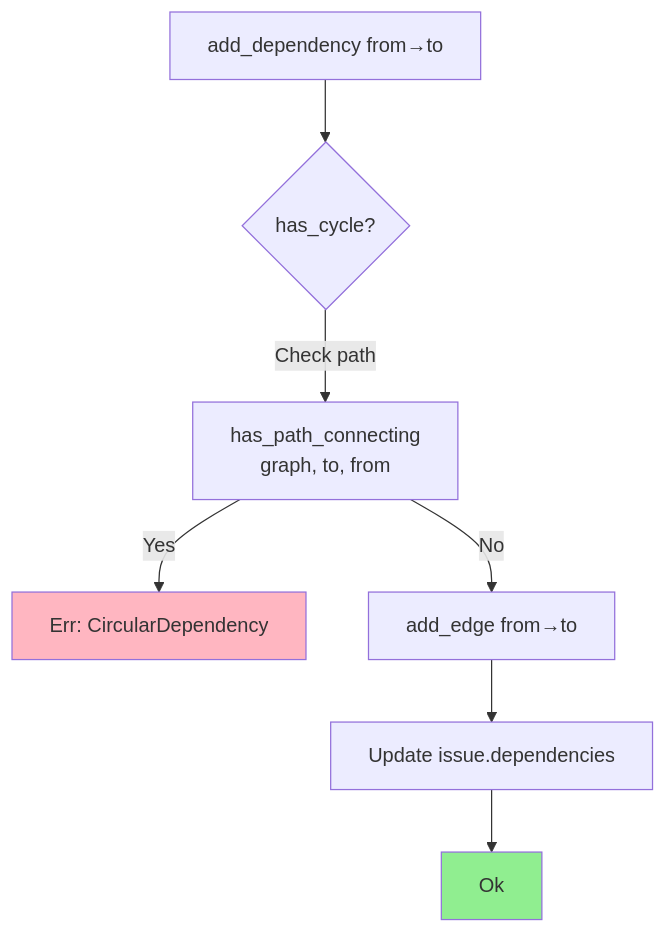
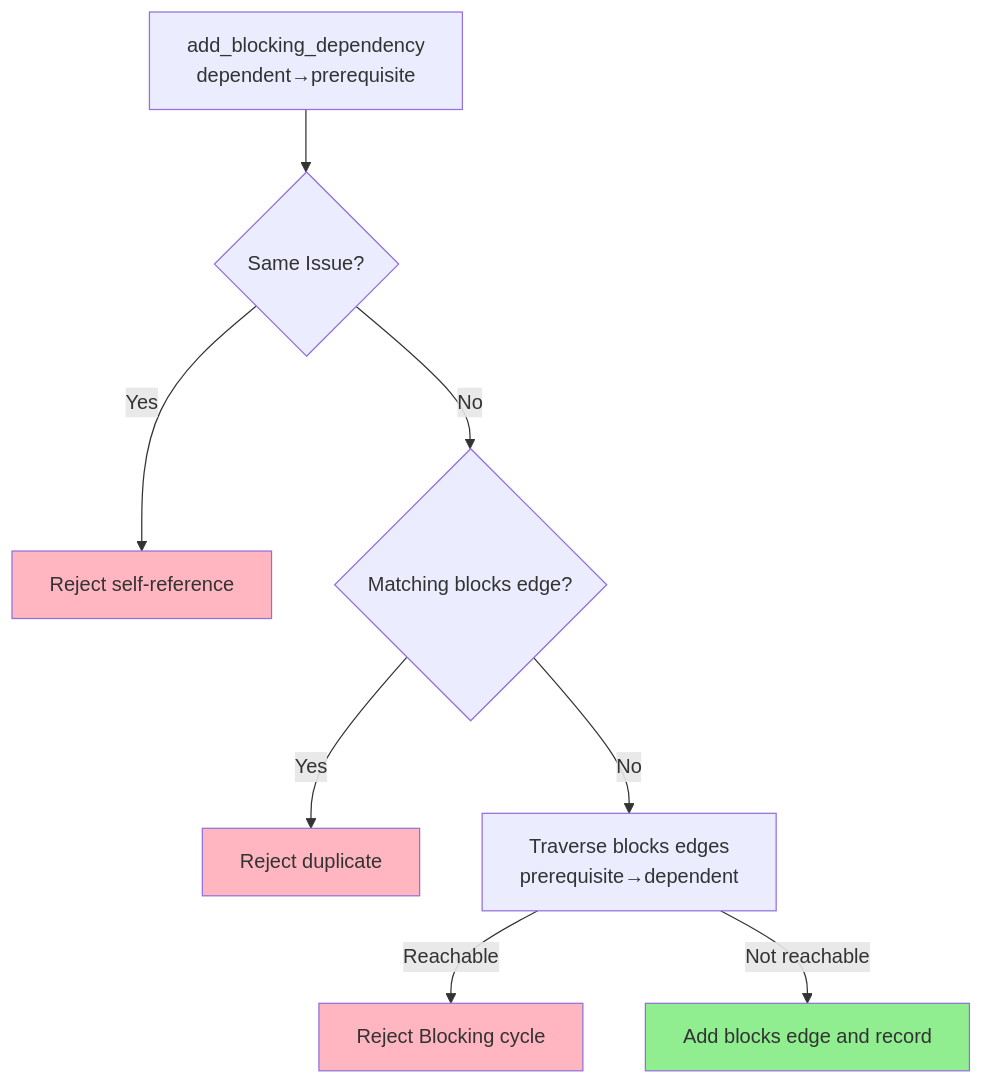
Before and after one commit to dwalleck/rivets: the fifth of 9 diagrams in docs/storage-architecture.md, drawn with Mermaid. The commit also changed other lines of this file and 24 other files, not shown here.

````diff
--- a/docs/storage-architecture.md
+++ b/docs/storage-architecture.md
@@ -283,12 +287,15 @@
 ```mermaid
 graph TD
-    Start[add_dependency from→to] --> Check{has_cycle?}
-    Check -->|Check path| Path[has_path_connecting<br/>graph, to, from]
-    Path -->|Yes| Reject[Err: CircularDependency]
-    Path -->|No| Add[add_edge from→to]
-    Add --> Update[Update issue.dependencies]
-    Update --> Success[Ok]
+    Start[add_blocking_dependency<br/>dependent→prerequisite] --> Self{Same Issue?}
+    Self -->|Yes| RejectSelf[Reject self-reference]
+    Self -->|No| Duplicate{Matching blocks edge?}
+    Duplicate -->|Yes| RejectDuplicate[Reject duplicate]
+    Duplicate -->|No| Reach[Traverse blocks edges<br/>prerequisite→dependent]
+    Reach -->|Reachable| RejectCycle[Reject Blocking cycle]
+    Reach -->|Not reachable| Add[Add blocks edge and record]
 
-    style Reject fill:#FFB6C1
-    style Success fill:#90EE90
+    style RejectSelf fill:#FFB6C1
+    style RejectDuplicate fill:#FFB6C1
+    style RejectCycle fill:#FFB6C1
+    style Add fill:#90EE90
 ```
````
